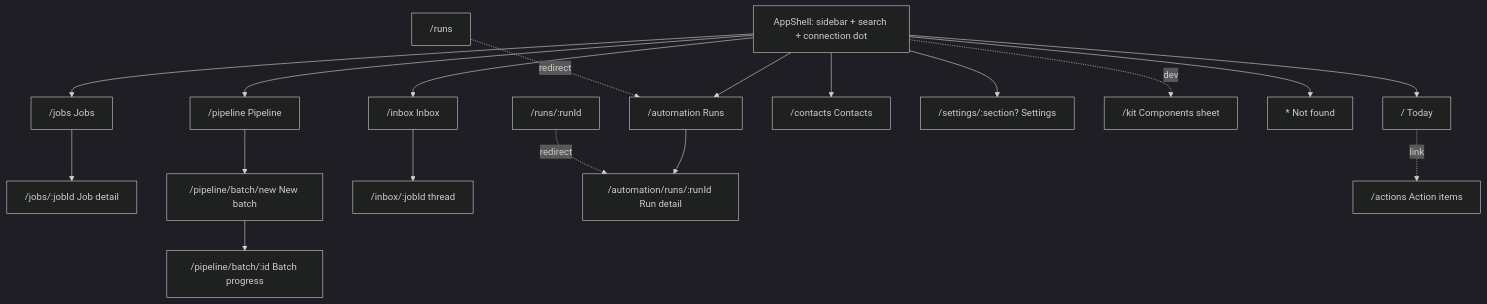
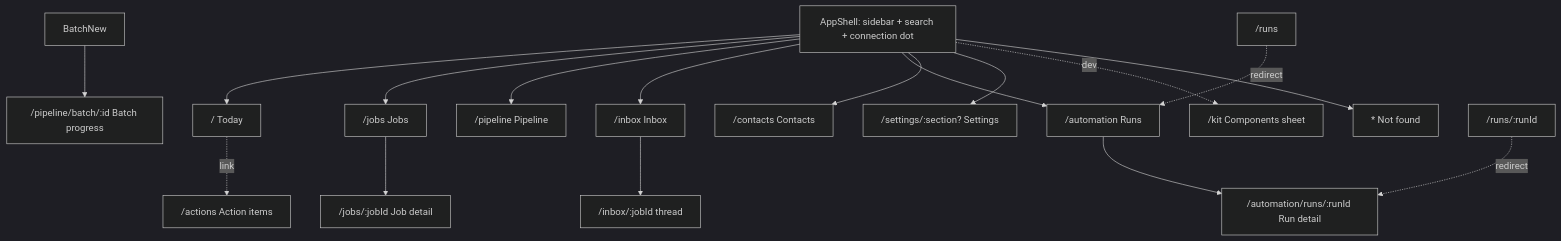
The diagram in docs/product/06_IA.md (m0hamedb3ngab5ia/career-os-template), drawn with Mermaid (dark theme) before and after one commit. The commit also changed other lines of this file and 14 other files, not shown here.

````diff
--- a/docs/product/06_IA.md
+++ b/docs/product/06_IA.md
@@ -10,21 +10,20 @@
 ```mermaid
 graph TD
   Shell[AppShell: sidebar + search + connection dot]
   Shell --> Today["/ Today"]
   Shell --> Jobs["/jobs Jobs"]
   Jobs --> JobDetail["/jobs/:jobId Job detail"]
   Shell --> Pipeline["/pipeline Pipeline"]
-  Pipeline --> BatchNew["/pipeline/batch/new New batch"]
   BatchNew --> BatchRun["/pipeline/batch/:id Batch progress"]
   Shell --> Inbox["/inbox Inbox"]
   Inbox --> InboxJob["/inbox/:jobId thread"]
   Shell --> Auto["/automation Runs"]
   Auto --> RunDetail["/automation/runs/:runId Run detail"]
   Shell --> Contacts["/contacts Contacts"]
   Shell --> Settings["/settings/:section? Settings"]
   Today -.link.-> Actions["/actions Action items"]
   Shell -.dev.-> Kit["/kit Components sheet"]
   Shell --> NF["* Not found"]
   Old1["/runs"] -.redirect.-> Auto
   Old2["/runs/:runId"] -.redirect.-> RunDetail
 ```
````
